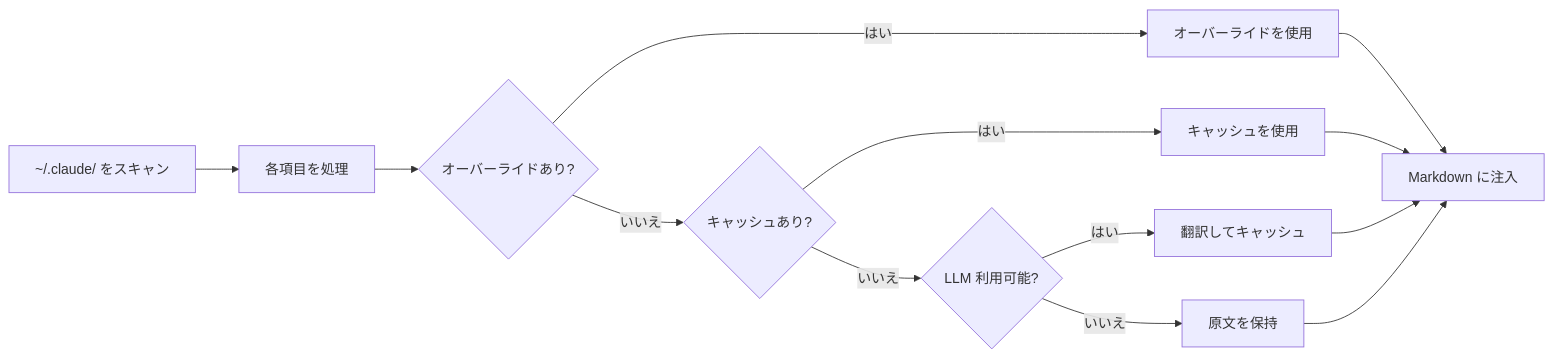
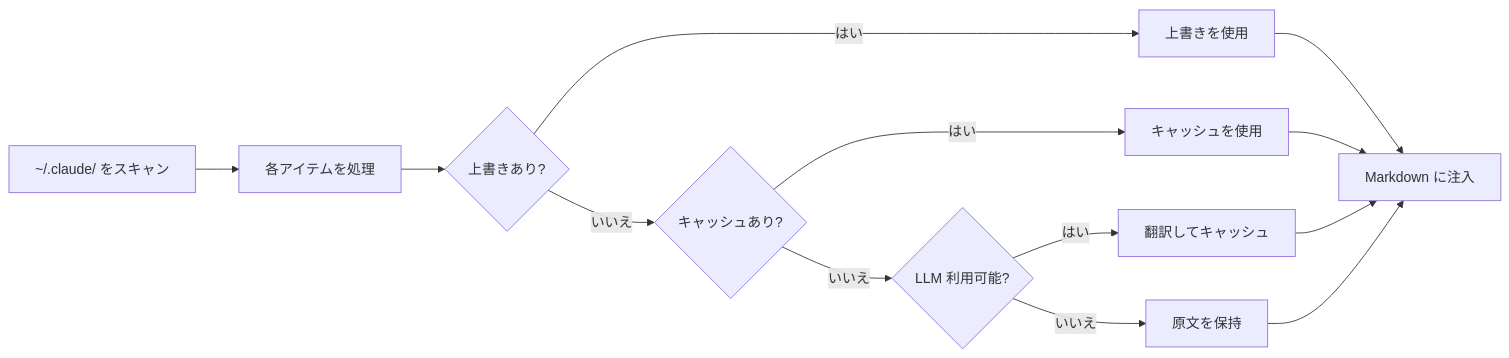
The first of 2 diagrams in README.ja.md (debug-zhuweijian/claude-translator), drawn with Mermaid before and after one commit. The commit also changed other lines of this file and 3 other files, not shown here.

````diff
--- a/README.ja.md
+++ b/README.ja.md
@@ -45,15 +72,15 @@
 ```mermaid
 flowchart LR
-    A[~/.claude/ をスキャン] --> B[各項目を処理]
-    B --> C{オーバーライドあり?}
-    C -->|はい| D[オーバーライドを使用]
+    A[~/.claude/ をスキャン] --> B[各アイテムを処理]
+    B --> C{上書きあり?}
+    C -->|はい| D[上書きを使用]
     C -->|いいえ| E{キャッシュあり?}
     E -->|はい| F[キャッシュを使用]
     E -->|いいえ| G{LLM 利用可能?}
     G -->|はい| H[翻訳してキャッシュ]
     G -->|いいえ| I[原文を保持]
     D --> J[Markdown に注入]
     F --> J
     H --> J
     I --> J
 ```
````
